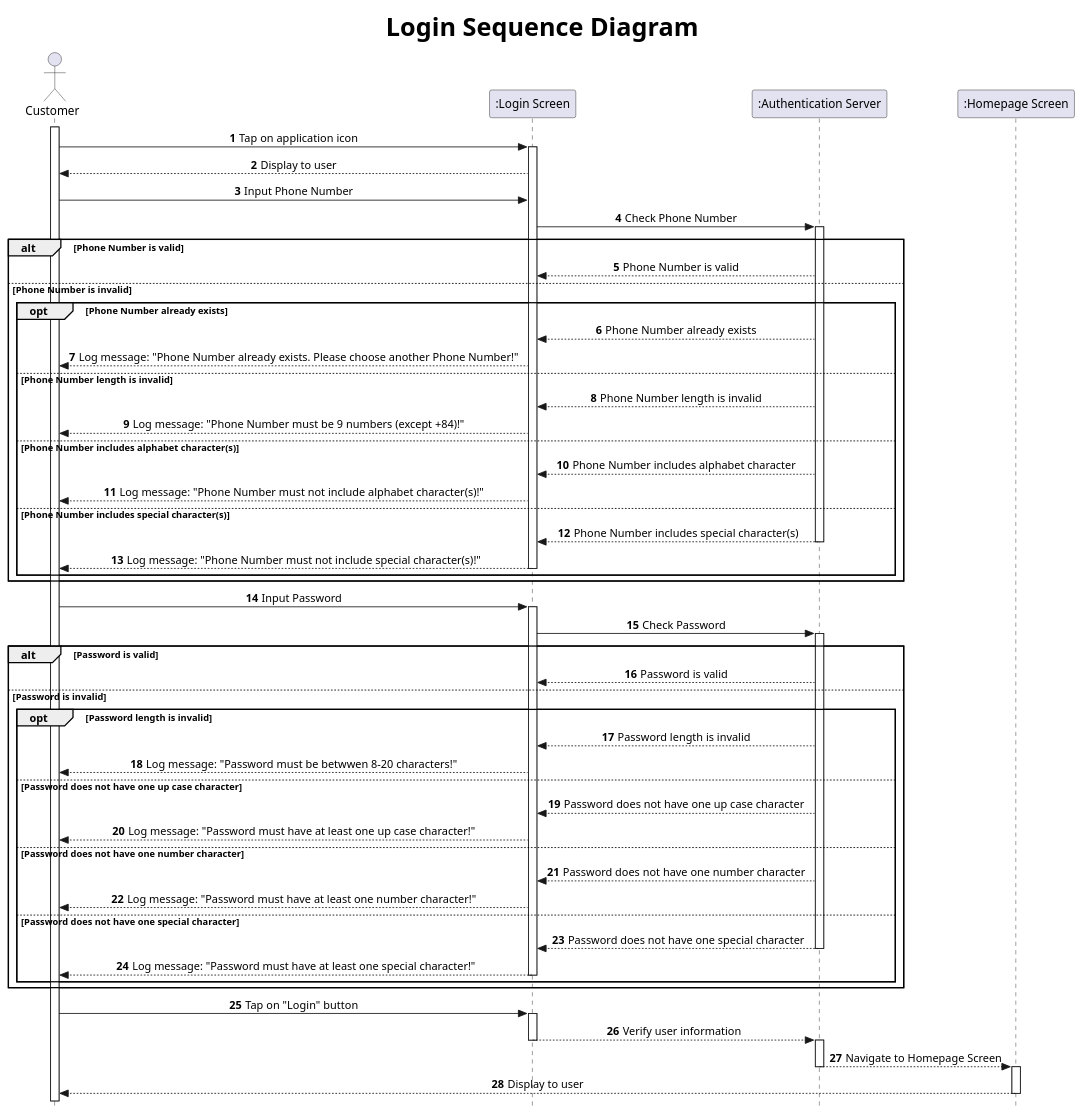
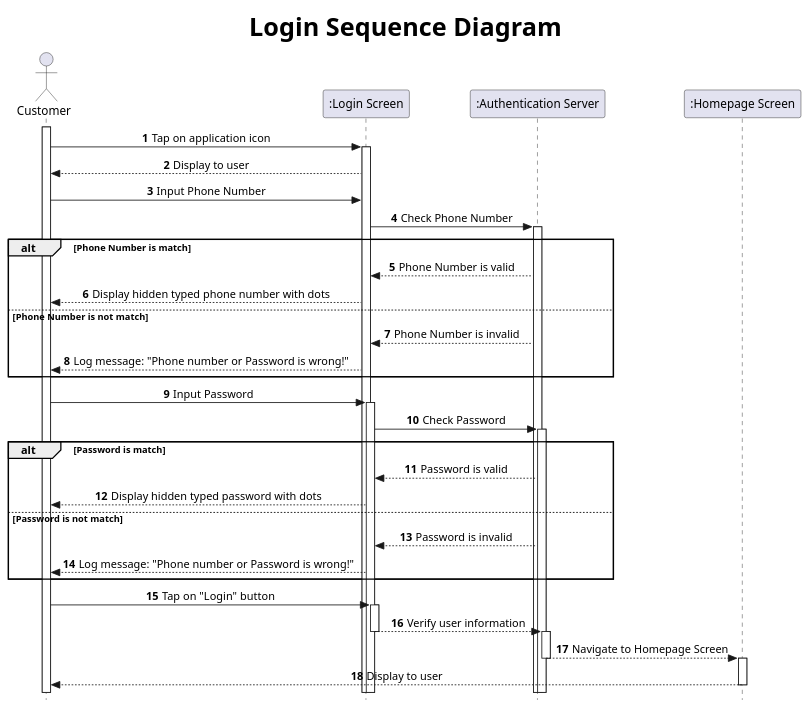
Before and after one commit to ledoantantri/SE357-Pratice-class: the diagram in Lab 1/Lab 1.2/sequence-diagrams/login.wsd, drawn with PlantUML.

```diff
--- a/Lab 1/Lab 1.2/sequence-diagrams/login.wsd
+++ b/Lab 1/Lab 1.2/sequence-diagrams/login.wsd
@@ -1,87 +1,63 @@
 @startuml Login Sequence Diagram
 
 title <size: 30> Login Sequence Diagram
 
 skinparam Style strictuml
 skinparam sequenceMessageAlign center
 
 actor "Customer" as Cm
 participant ":Login Screen" as LI
 participant ":Authentication Server" as AS
 participant ":Homepage Screen" as HP
 
 autonumber
 
 activate Cm
 Cm -> LI: Tap on application icon
 activate LI
 LI --> Cm: Display to user
 
 '=============== Phone Number ==============='
 Cm -> LI: Input Phone Number
 LI -> AS: Check Phone Number
 activate AS
 
-alt Phone Number is valid
+alt Phone Number is match
     AS --> LI: Phone Number is valid
-else Phone Number is invalid
-    opt Phone Number already exists
-        AS --> LI: Phone Number already exists
-        LI --> Cm: Log message: "Phone Number already exists. Please choose another Phone Number!"
-    else Phone Number length is invalid
-        AS --> LI: Phone Number length is invalid
-        LI --> Cm: Log message: "Phone Number must be 9 numbers (except +84)!"
-    else Phone Number includes alphabet character(s)
-        AS --> LI: Phone Number includes alphabet character
-        LI --> Cm: Log message: "Phone Number must not include alphabet character(s)!"
-    else Phone Number includes special character(s)
-        AS --> LI: Phone Number includes special character(s)
-        deactivate AS
-        LI --> Cm: Log message: "Phone Number must not include special character(s)!"
-        deactivate LI
-    end
+    LI --> Cm: Display hidden typed phone number with dots
+else Phone Number is not match
+    AS --> LI: Phone Number is invalid
+    LI --> Cm: Log message: "Phone number or Password is wrong!"
 end
 
 
 '=============== Password ==============='
 Cm -> LI: Input Password
 activate LI
 LI -> AS: Check Password
 activate AS
 
-alt Password is valid
+alt Password is match
     AS --> LI: Password is valid
-else Password is invalid
-    opt Password length is invalid
-        AS --> LI: Password length is invalid
-        LI --> Cm: Log message: "Password must be betwwen 8-20 characters!"
-    else Password does not have one up case character
-        AS --> LI: Password does not have one up case character
-        LI --> Cm: Log message: "Password must have at least one up case character!"
-    else Password does not have one number character
-        AS --> LI: Password does not have one number character
-        LI --> Cm: Log message: "Password must have at least one number character!"
-    else Password does not have one special character
-        AS --> LI: Password does not have one special character
-        deactivate AS
-        LI --> Cm: Log message: "Password must have at least one special character!"
-        deactivate LI
-    end
+    LI --> Cm: Display hidden typed password with dots
+else Password is not match
+    AS --> LI: Password is invalid
+    LI --> Cm: Log message: "Phone number or Password is wrong!"
 end
 
 '=============== Login ==============='
 Cm -> LI: Tap on "Login" button
 
 activate LI
 LI --> AS: Verify user information
 deactivate LI
 
 activate AS
 AS --> HP: Navigate to Homepage Screen
 deactivate AS
 
 activate HP
 HP --> Cm: Display to user
 deactivate HP
 
 @enduml
```
